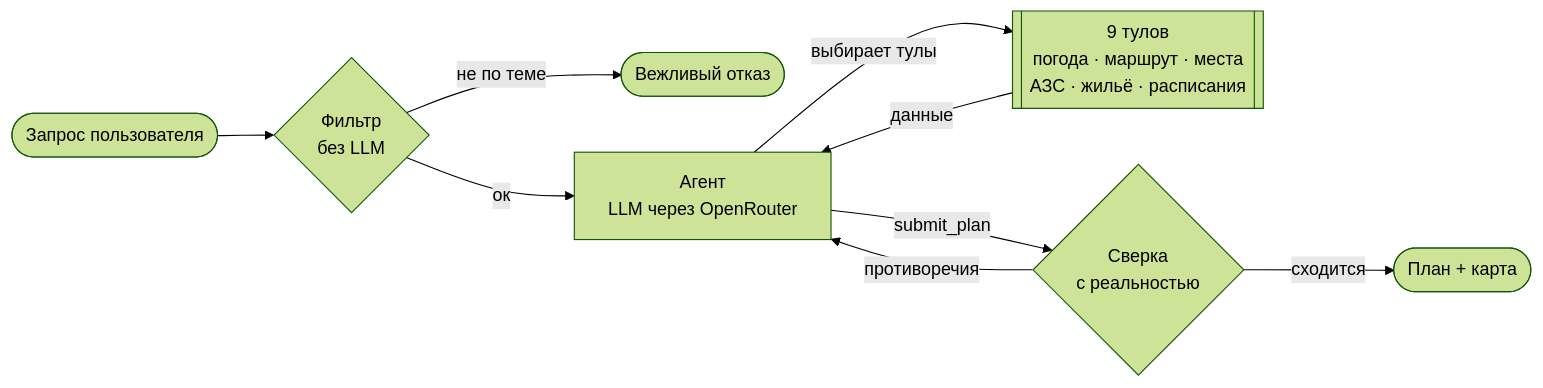
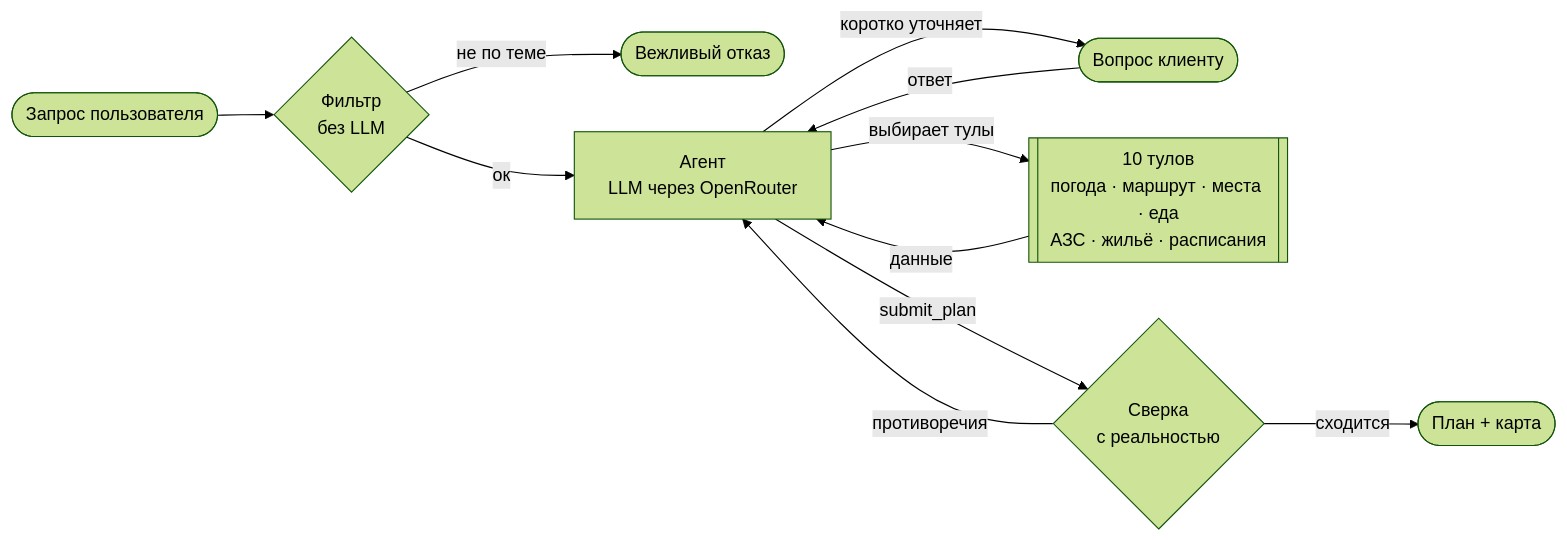
Before and after one commit to BessolitsinGleb/AI-ta: the diagram in README.md, drawn with Mermaid (forest theme). The commit also changed other lines of this file and 36 other files, not shown here.

````diff
--- a/README.md
+++ b/README.md
@@ -43,11 +46,13 @@
 ```mermaid
 flowchart LR
     U([Запрос пользователя]) --> G{Фильтр<br>без LLM}
     G -- не по теме --> R([Вежливый отказ])
     G -- ок --> A[Агент<br>LLM через OpenRouter]
-    A -- выбирает тулы --> T[["9 тулов<br>погода · маршрут · места<br>АЗС · жильё · расписания"]]
+    A -- коротко уточняет --> Q([Вопрос клиенту])
+    Q -- ответ --> A
+    A -- выбирает тулы --> T[["10 тулов<br>погода · маршрут · места · еда<br>АЗС · жильё · расписания"]]
     T -- данные --> A
     A -- submit_plan --> V{Сверка<br>с реальностью}
     V -- противоречия --> A
     V -- сходится --> P([План + карта])
 ```
````
